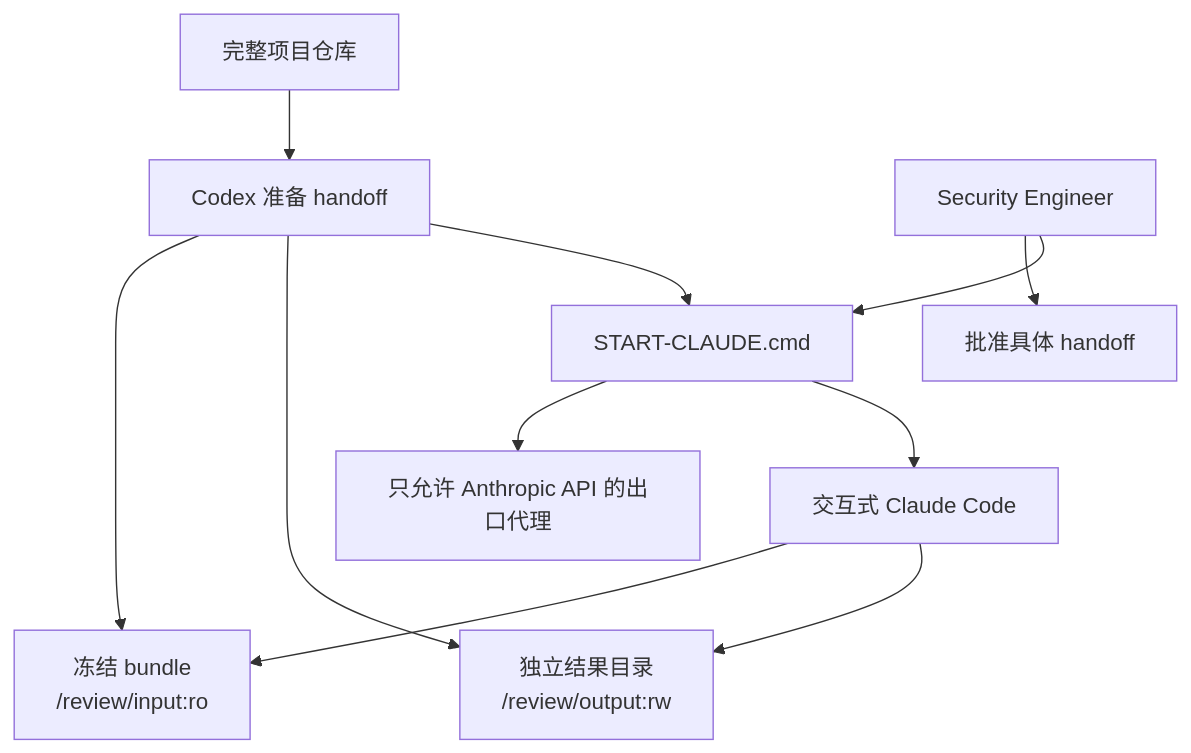
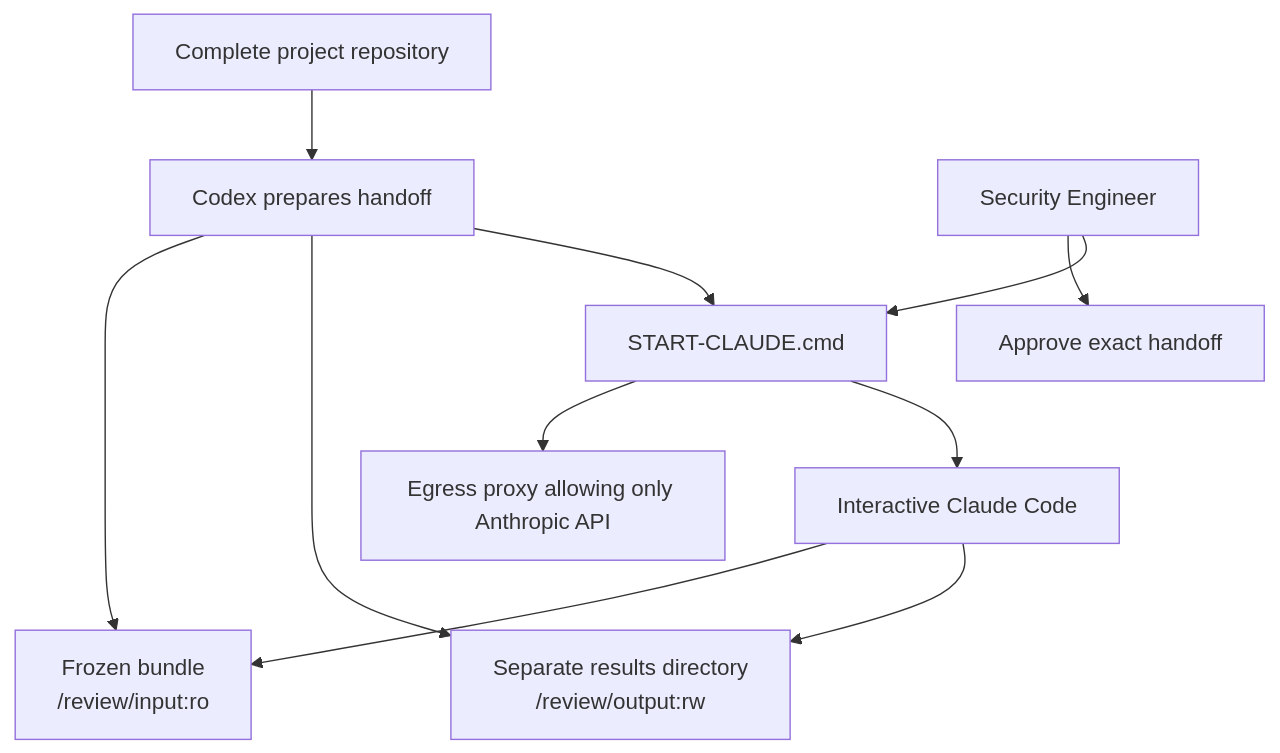
The diagram in docs/reviewer-execution.md (zml-protocol/multitenant-security-agent), drawn with Mermaid before and after one commit. The commit also changed other lines of this file and 47 other files, not shown here.

````diff
--- a/docs/reviewer-execution.md
+++ b/docs/reviewer-execution.md
@@ -11,13 +11,13 @@
 ```mermaid
 flowchart TD
-    R[完整项目仓库] --> C[Codex 准备 handoff]
-    C --> I[冻结 bundle<br/>/review/input:ro]
-    C --> O[独立结果目录<br/>/review/output:rw]
+    R[Complete project repository] --> C[Codex prepares handoff]
+    C --> I[Frozen bundle<br/>/review/input:ro]
+    C --> O[Separate results directory<br/>/review/output:rw]
     C --> L[START-CLAUDE.cmd]
-    S[Security Engineer] --> A[批准具体 handoff]
+    S[Security Engineer] --> A[Approve exact handoff]
     S --> L
-    L --> P[只允许 Anthropic API 的出口代理]
-    L --> CL[交互式 Claude Code]
+    L --> P[Egress proxy allowing only Anthropic API]
+    L --> CL[Interactive Claude Code]
     CL --> I
     CL --> O
 ```
````
